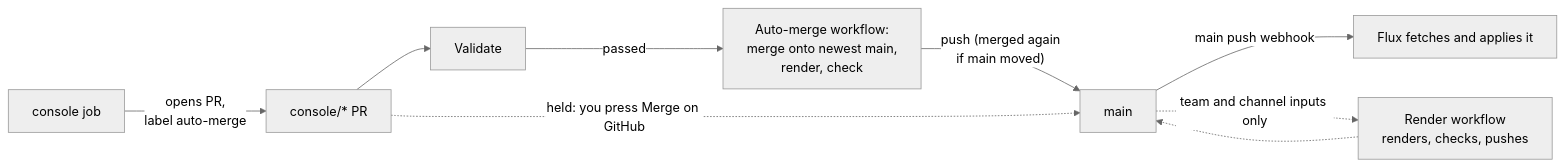
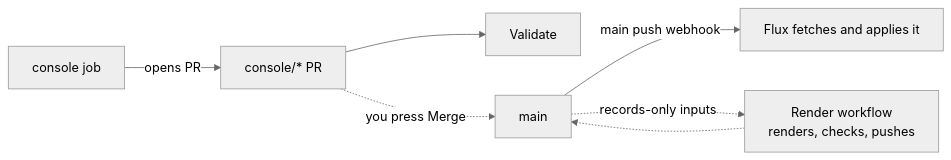
One commit to samclement/swhurl-platform changed the diagram in docs/console.md. Above: the diagram before and after it, drawn with Mermaid (neutral theme). The commit also changed other lines of this file and 30 other files, not shown here.

First line of the commit message:
console: the merge gate is retired, and a person merges every pull request

````diff
--- a/docs/console.md
+++ b/docs/console.md
@@ -119,9 +123,7 @@
 ```mermaid
 flowchart LR
-  console["console job"] -->|"opens PR,<br/>label auto-merge"| pr["console/* PR"]
+  console["console job"] -->|"opens PR"| pr["console/* PR"]
   pr --> validate["Validate"]
-  validate -->|"passed"| wf["Auto-merge workflow:<br/>merge onto newest main,<br/>render, check"]
-  wf -->|"push (merged again<br/>if main moved)"| main["main"] -->|"main push webhook"| flux["Flux fetches and applies it"]
-  pr -.->|"held: you press Merge on GitHub"| main
-  main -.->|"team and channel inputs only"| render["Render workflow<br/>renders, checks, pushes"] -.-> main
+  pr -.->|"you press Merge"| main["main"] -->|"main push webhook"| flux["Flux fetches and applies it"]
+  main -.->|"records-only inputs"| render["Render workflow<br/>renders, checks, pushes"] -.-> main
 ```
````
